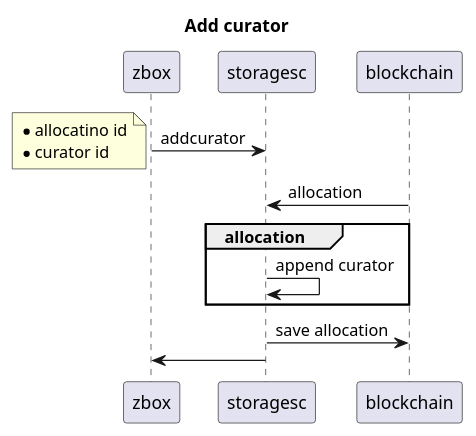
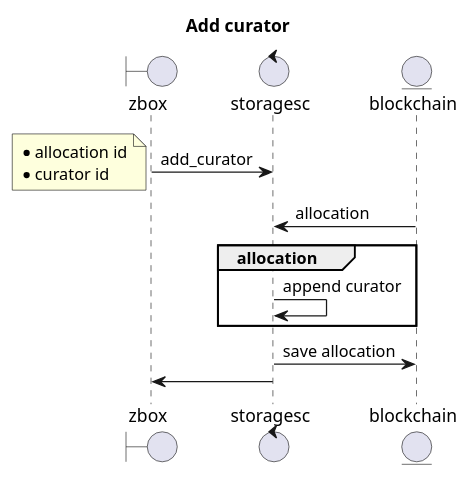
Diagram 19 of 32 in documents/uml.md (0chain/zboxcli), drawn with PlantUML before and after one commit. The commit also changed 1 other file, not shown here.

````diff
--- a/documents/uml.md
+++ b/documents/uml.md
@@ -414,14 +414,17 @@
 ```puml
 title Add curator
-zbox ->storagesc: addcurator
+boundary zbox 
+control storagesc
+entity blockchain
+zbox ->storagesc: add_curator
 note left
-    * allocatino id
+    * allocation id
     * curator id
 end note
     blockchain ->storagesc: allocation
     group allocation
        storagesc->storagesc: append curator
     end 
    storagesc-> blockchain : save allocation
 storagesc -> zbox     
 ``` 
````
